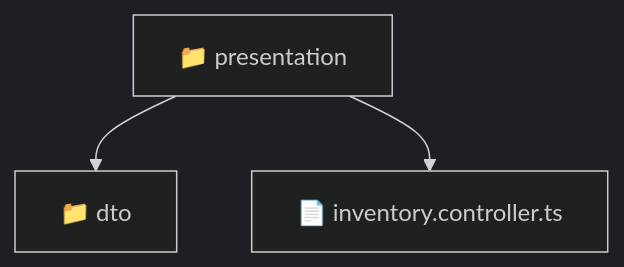
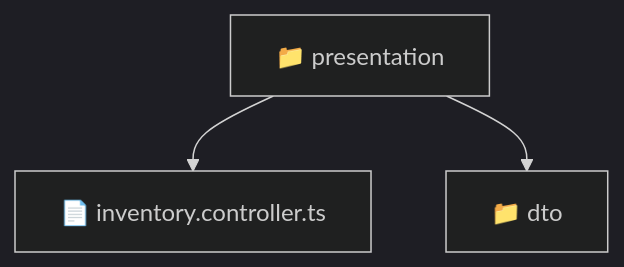
One commit to beginwebdev2002/fullstack-mavluda changed the diagram in backend/src/modules/inventory/presentation/README.md. Above: the diagram before and after it, drawn with Mermaid (dark theme). The commit also changed other lines of this file and 166 other files, not shown here.

First line of the commit message:
docs: generate repository-wide architectural README files

````diff
--- a/backend/src/modules/inventory/presentation/README.md
+++ b/backend/src/modules/inventory/presentation/README.md
@@ -9,6 +11,8 @@
 ```mermaid
 graph TD
-  Root["📁 presentation"]
-  Root --> dto["📁 dto"]
-  Root --> inventory_controller_ts["📄 inventory.controller.ts"]
+  f_Root_presentation["📁 presentation"]
+  f_inventory_controller_ts["📄 inventory.controller.ts"]
+  f_Root_presentation --> f_inventory_controller_ts
+  f_Dir_dto["📁 dto"]
+  f_Root_presentation --> f_Dir_dto
 ```
````
